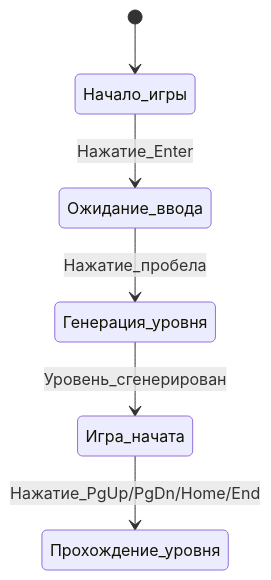
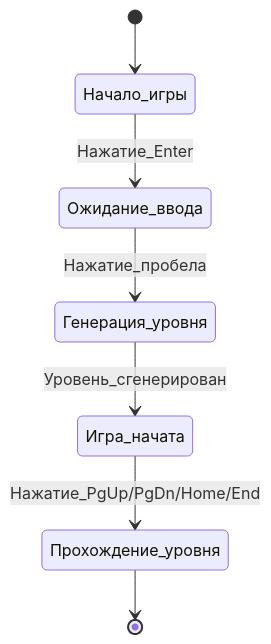
Before and after one commit to ArinaTolpa/Lab1.2: the second of 4 diagrams in docs/behavior.md, drawn with Mermaid. The commit also changed other lines of this file, not shown here.

````diff
--- a/docs/behavior.md
+++ b/docs/behavior.md
@@ -17,8 +28,9 @@
 ```mermaid
 stateDiagram
     [*] --> Начало_игры
     Начало_игры --> Ожидание_ввода: Нажатие_Enter
     Ожидание_ввода --> Генерация_уровня: Нажатие_пробела
     Генерация_уровня --> Игра_начата: Уровень_сгенерирован
     Игра_начата --> Прохождение_уровня: Нажатие_PgUp/PgDn/Home/End
+    Прохождение_уровня --> [*]
 ```
````
